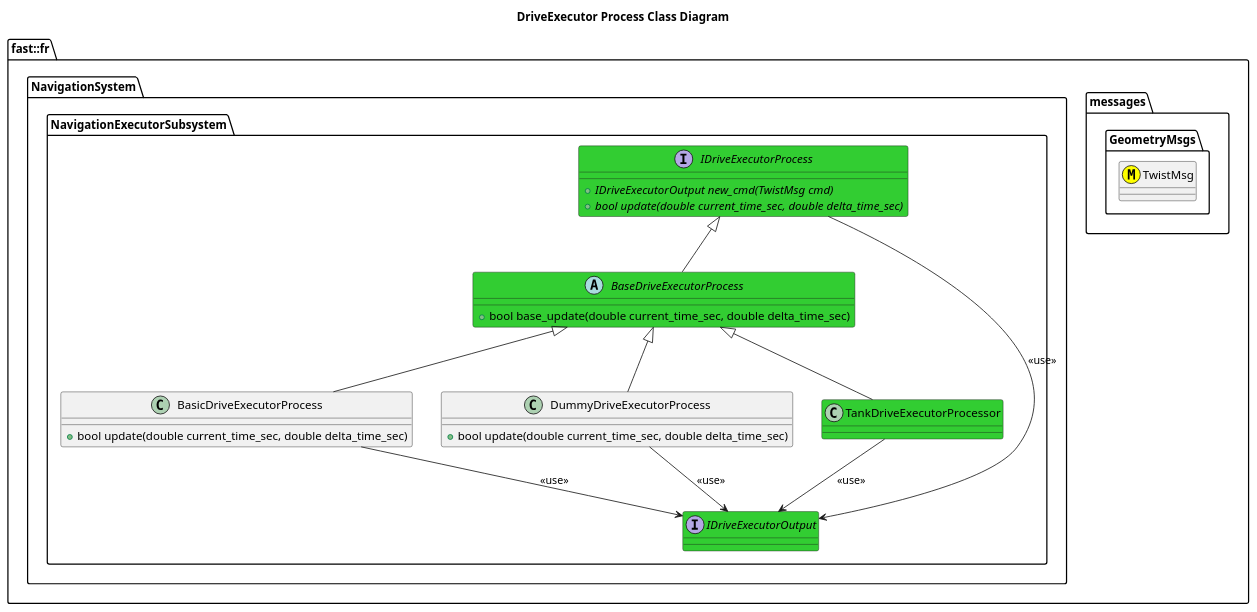
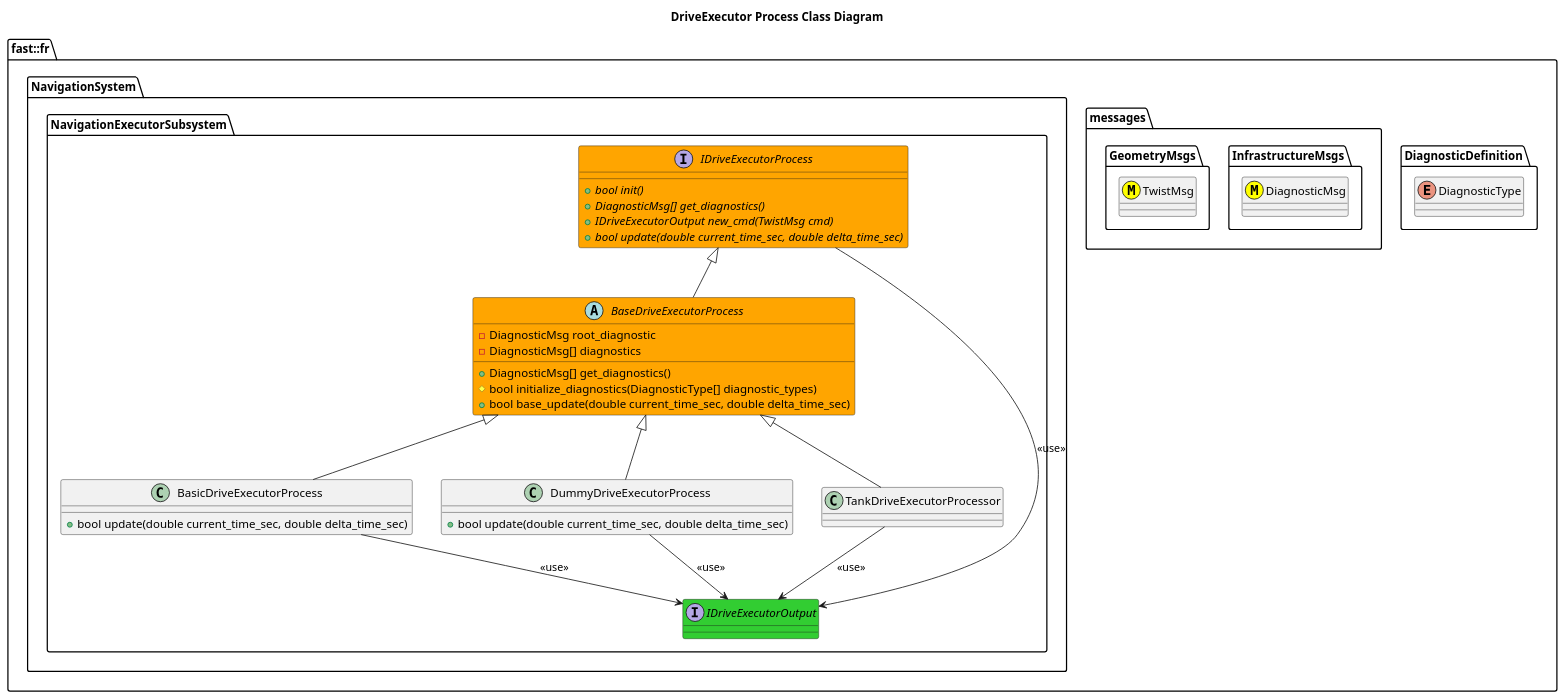
Before and after one commit to fastrobotics/robot_framework: the diagram in Systems/Navigation/Subsystems/NavigationExecutor/Processes/DriveExecutor/doc/puml/DriveExecutorProcessClassDiagram.puml, drawn with PlantUML. The commit also changed 27 other files, not shown here.

```diff
--- a/Systems/Navigation/Subsystems/NavigationExecutor/Processes/DriveExecutor/doc/puml/DriveExecutorProcessClassDiagram.puml
+++ b/Systems/Navigation/Subsystems/NavigationExecutor/Processes/DriveExecutor/doc/puml/DriveExecutorProcessClassDiagram.puml
@@ -1,41 +1,53 @@
 @startuml
 title DriveExecutor Process Class Diagram
 
 namespace fast::fr {
+  namespace DiagnosticDefinition {
+    enum DiagnosticType
+  }
   namespace messages {
+    namespace InfrastructureMsgs {
+      class DiagnosticMsg <<(M,#FFFF00)>>
+    }
     namespace GeometryMsgs {
       class TwistMsg <<(M,#FFFF00)>>
     }
   }
   namespace NavigationSystem {
     namespace NavigationExecutorSubsystem {
         interface IDriveExecutorOutput #LimeGreen {
 
         }
-        interface IDriveExecutorProcess #LimeGreen {
+        interface IDriveExecutorProcess #Orange {
+          +{abstract} bool init()
+          +{abstract} DiagnosticMsg[] get_diagnostics()
           +{abstract} IDriveExecutorOutput new_cmd(TwistMsg cmd)
           +{abstract} bool update(double current_time_sec, double delta_time_sec)
         }
         IDriveExecutorProcess --> IDriveExecutorOutput: <<use>>
-        abstract BaseDriveExecutorProcess #LimeGreen {
+        abstract BaseDriveExecutorProcess #Orange {
+          +DiagnosticMsg[] get_diagnostics()
+          #bool initialize_diagnostics(DiagnosticType[] diagnostic_types)
           +bool base_update(double current_time_sec, double delta_time_sec)
+          -DiagnosticMsg root_diagnostic
+          -DiagnosticMsg[] diagnostics
 
         }
         BaseDriveExecutorProcess -up-|> IDriveExecutorProcess
         class BasicDriveExecutorProcess {
           +bool update(double current_time_sec, double delta_time_sec)
         }
         BasicDriveExecutorProcess -up-|> BaseDriveExecutorProcess
         BasicDriveExecutorProcess --> IDriveExecutorOutput: <<use>>
         class DummyDriveExecutorProcess {
           +bool update(double current_time_sec, double delta_time_sec)
         }
         DummyDriveExecutorProcess -up-|> BaseDriveExecutorProcess
         DummyDriveExecutorProcess --> IDriveExecutorOutput: <<use>>
-        class TankDriveExecutorProcessor #LimeGreen
+        class TankDriveExecutorProcessor
         TankDriveExecutorProcessor -up-|> BaseDriveExecutorProcess
         TankDriveExecutorProcessor --> IDriveExecutorOutput: <<use>>
     }
   }
 }
 @enduml
```
